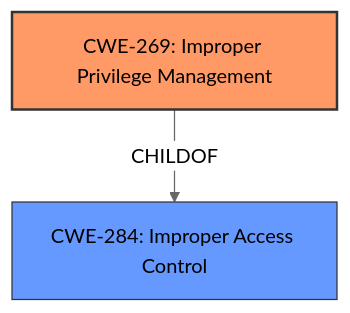
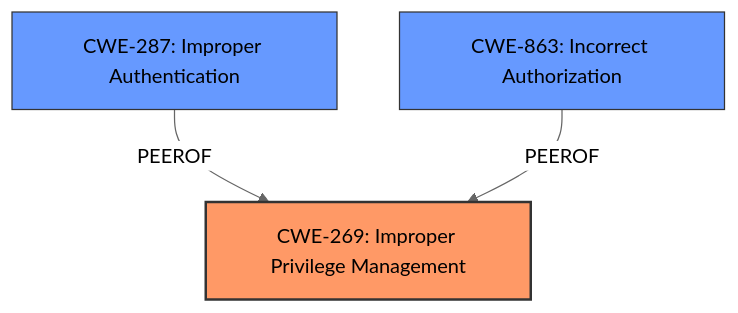
Before and after one commit to CyberSecAI/cwe_agent_assign_reports_2025: the diagram in CVE-2024-0002/CVE-2024-0002_analysis.md, drawn with Mermaid (neutral theme). The commit also changed other lines of this file and 190653 other files, not shown here.

````diff
--- a/CVE-2024-0002/CVE-2024-0002_analysis.md
+++ b/CVE-2024-0002/CVE-2024-0002_analysis.md
@@ -16,13 +20,15 @@
 ```mermaid
 graph TD
     cwe269["CWE-269: Improper Privilege Management"]
-    cwe284["CWE-284: Improper Access Control"]
-    
-    cwe269 -->|CHILDOF| cwe284
-    
+    cwe287["CWE-287: Improper Authentication"]
+    cwe863["CWE-863: Incorrect Authorization"]
+
+    cwe287 -->|PEEROF| cwe269
+    cwe863 -->|PEEROF| cwe269
+
     classDef primary fill:#f96,stroke:#333,stroke-width:2px
     classDef secondary fill:#69f,stroke:#333
     classDef tertiary fill:#9e9,stroke:#333
     class cwe269 primary
-    class cwe284 secondary
+    class cwe287,cwe863 secondary
 ```
````
